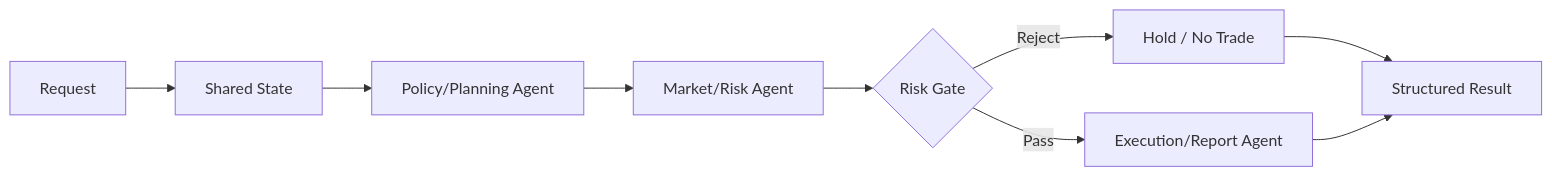
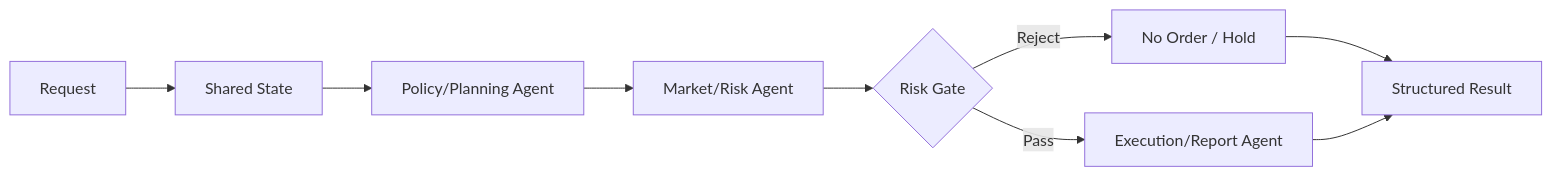
Before and after one commit to UpstageAI/sw-maestro-project: the diagram in AI.md, drawn with Mermaid. The commit also changed other lines of this file and 8 other files, not shown here.

Commit message:
refactor: rewrite docs for Binance Spot Testnet trading flow

````diff
--- a/AI.md
+++ b/AI.md
@@ -21,11 +19,11 @@
 ```mermaid
 flowchart LR
     IN[Request] --> S[Shared State]
     S --> P[Policy/Planning Agent]
     P --> R[Market/Risk Agent]
     R --> G{Risk Gate}
-    G -->|Reject| H[Hold / No Trade]
+    G -->|Reject| H[No Order / Hold]
     G -->|Pass| E[Execution/Report Agent]
     H --> OUT[Structured Result]
     E --> OUT
 ```
````
